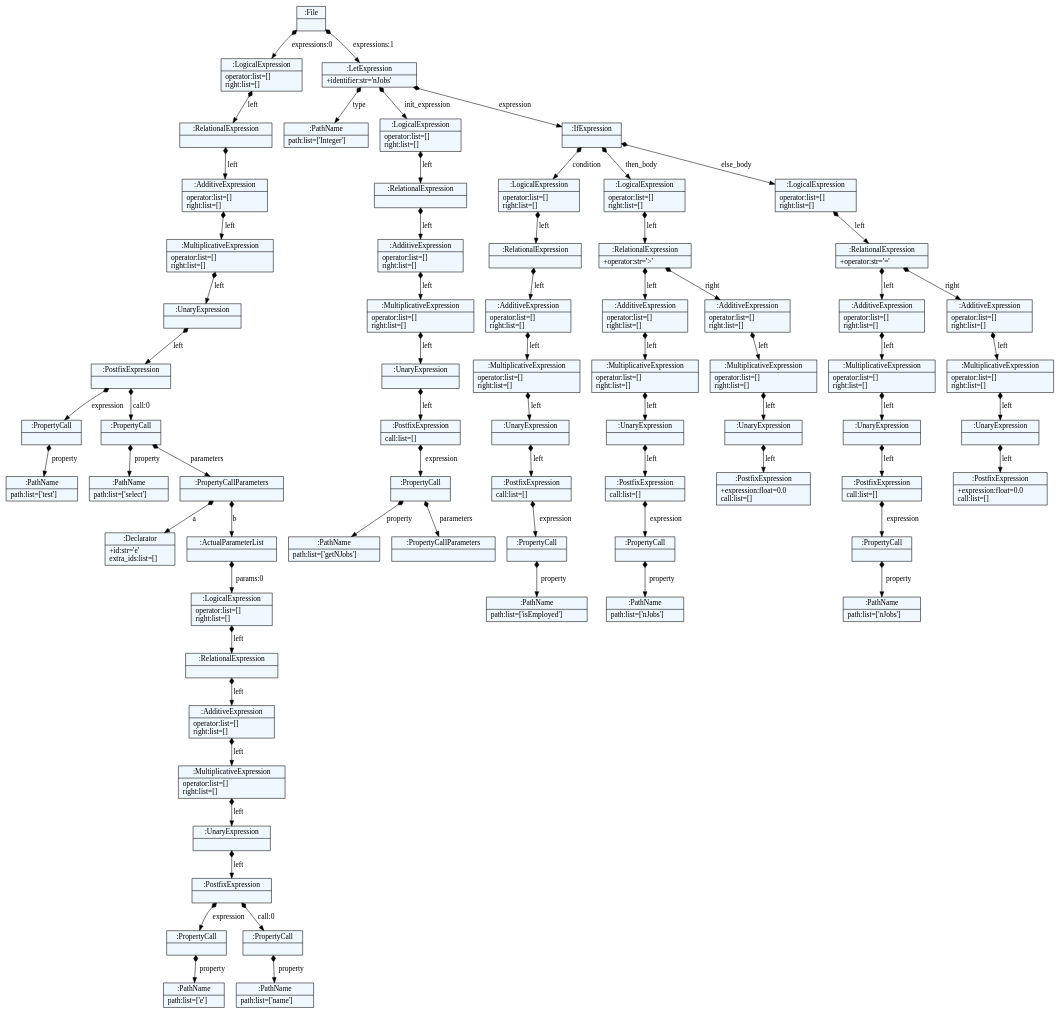
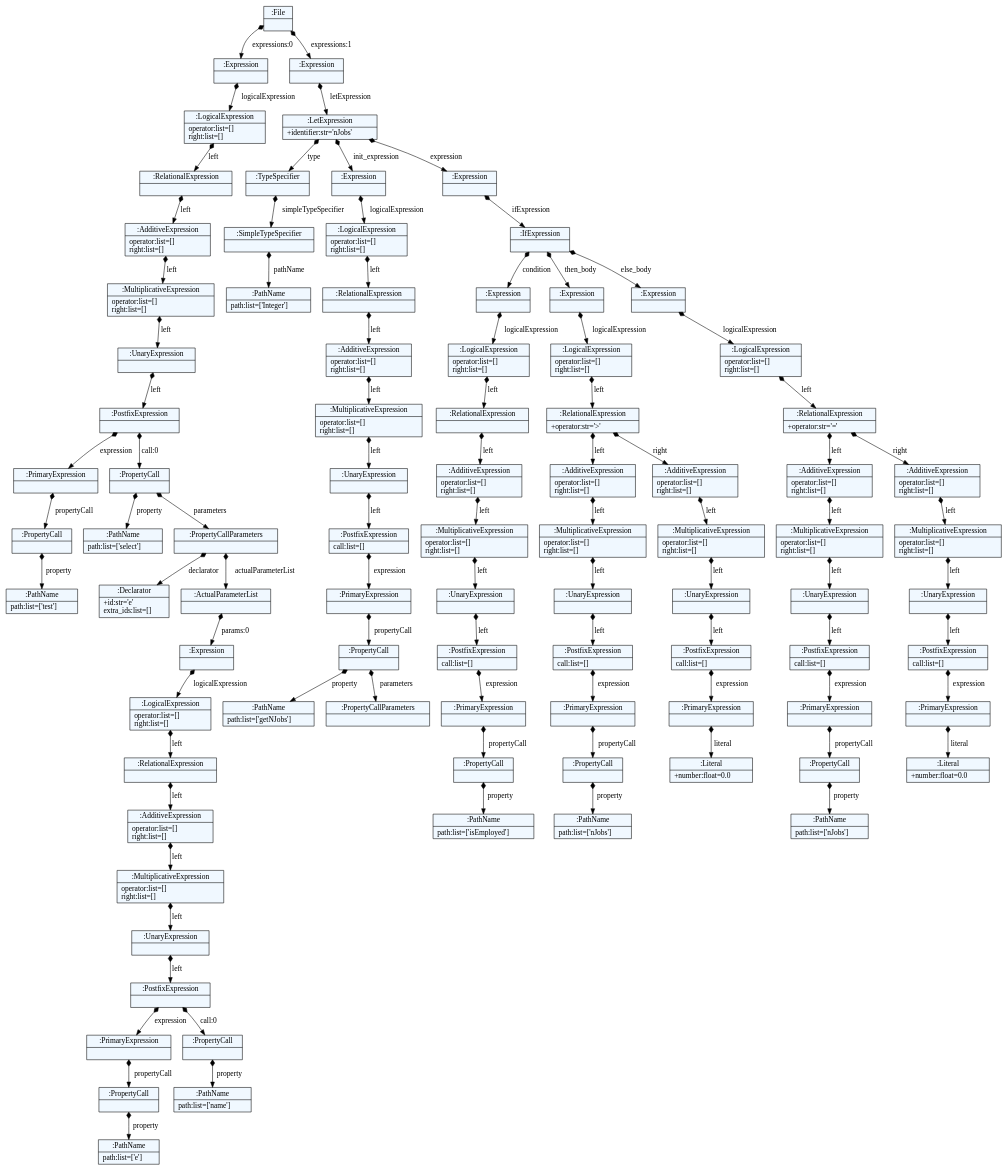
One commit to Beuchey/OCL_Python changed the diagram in Transpilation/expression.ocl.dot. Above: the diagram before and after it, drawn with Graphviz. The commit also changed 3 other files, not shown here.

```diff
--- a/Transpilation/expression.ocl.dot
+++ b/Transpilation/expression.ocl.dot
@@ -11,140 +11,180 @@
     edge[dir=black,arrowtail=empty]
 
 
-48540592 -> 48539664 [label="expressions:0" arrowtail=diamond dir=both]
-48539664 -> 48539024 [label="left" arrowtail=diamond dir=both]
-48539024 -> 48537776 [label="left" arrowtail=diamond dir=both]
-48537776 -> 48540400 [label="left" arrowtail=diamond dir=both]
-48540400 -> 48539632 [label="left" arrowtail=diamond dir=both]
-48539632 -> 48539728 [label="left" arrowtail=diamond dir=both]
-48539728 -> 48538288 [label="expression" arrowtail=diamond dir=both]
-48538288 -> 48541200 [label="property" arrowtail=diamond dir=both]
-48541200[label="{:PathName|path:list=['test']\l}"]
-48538288[label="{:PropertyCall|}"]
-48539728 -> 48540720 [label="call:0" arrowtail=diamond dir=both]
-48540720 -> 48539760 [label="property" arrowtail=diamond dir=both]
-48539760[label="{:PathName|path:list=['select']\l}"]
-48540720 -> 48539600 [label="parameters" arrowtail=diamond dir=both]
-48539600 -> 48538736 [label="a" arrowtail=diamond dir=both]
-48538736[label="{:Declarator|+id:str='e'\lextra_ids:list=[]\l}"]
-48539600 -> 48538672 [label="b" arrowtail=diamond dir=both]
-48538672 -> 48450992 [label="params:0" arrowtail=diamond dir=both]
-48450992 -> 48449424 [label="left" arrowtail=diamond dir=both]
-48449424 -> 48448688 [label="left" arrowtail=diamond dir=both]
-48448688 -> 48449200 [label="left" arrowtail=diamond dir=both]
-48449200 -> 48450800 [label="left" arrowtail=diamond dir=both]
-48450800 -> 48448368 [label="left" arrowtail=diamond dir=both]
-48448368 -> 48449168 [label="expression" arrowtail=diamond dir=both]
-48449168 -> 48450832 [label="property" arrowtail=diamond dir=both]
-48450832[label="{:PathName|path:list=['e']\l}"]
-48449168[label="{:PropertyCall|}"]
-48448368 -> 48450160 [label="call:0" arrowtail=diamond dir=both]
-48450160 -> 48649488 [label="property" arrowtail=diamond dir=both]
-48649488[label="{:PathName|path:list=['name']\l}"]
-48450160[label="{:PropertyCall|}"]
-48448368[label="{:PostfixExpression|}"]
-48450800[label="{:UnaryExpression|}"]
-48449200[label="{:MultiplicativeExpression|operator:list=[]\lright:list=[]\l}"]
-48448688[label="{:AdditiveExpression|operator:list=[]\lright:list=[]\l}"]
-48449424[label="{:RelationalExpression|}"]
-48450992[label="{:LogicalExpression|operator:list=[]\lright:list=[]\l}"]
-48538672[label="{:ActualParameterList|}"]
-48539600[label="{:PropertyCallParameters|}"]
-48540720[label="{:PropertyCall|}"]
-48539728[label="{:PostfixExpression|}"]
-48539632[label="{:UnaryExpression|}"]
-48540400[label="{:MultiplicativeExpression|operator:list=[]\lright:list=[]\l}"]
-48537776[label="{:AdditiveExpression|operator:list=[]\lright:list=[]\l}"]
-48539024[label="{:RelationalExpression|}"]
-48539664[label="{:LogicalExpression|operator:list=[]\lright:list=[]\l}"]
-48540592 -> 48539536 [label="expressions:1" arrowtail=diamond dir=both]
-48539536 -> 48539984 [label="type" arrowtail=diamond dir=both]
-48539984[label="{:PathName|path:list=['Integer']\l}"]
-48539536 -> 48537872 [label="init_expression" arrowtail=diamond dir=both]
-48537872 -> 48540880 [label="left" arrowtail=diamond dir=both]
-48540880 -> 48539888 [label="left" arrowtail=diamond dir=both]
-48539888 -> 48540464 [label="left" arrowtail=diamond dir=both]
-48540464 -> 48449456 [label="left" arrowtail=diamond dir=both]
-48449456 -> 48449360 [label="left" arrowtail=diamond dir=both]
-48449360 -> 48451312 [label="expression" arrowtail=diamond dir=both]
-48451312 -> 48451248 [label="property" arrowtail=diamond dir=both]
-48451248[label="{:PathName|path:list=['getNJobs']\l}"]
-48451312 -> 48451088 [label="parameters" arrowtail=diamond dir=both]
-48451088[label="{:PropertyCallParameters|}"]
-48451312[label="{:PropertyCall|}"]
-48449360[label="{:PostfixExpression|call:list=[]\l}"]
-48449456[label="{:UnaryExpression|}"]
-48540464[label="{:MultiplicativeExpression|operator:list=[]\lright:list=[]\l}"]
-48539888[label="{:AdditiveExpression|operator:list=[]\lright:list=[]\l}"]
-48540880[label="{:RelationalExpression|}"]
-48537872[label="{:LogicalExpression|operator:list=[]\lright:list=[]\l}"]
-48539536 -> 48538864 [label="expression" arrowtail=diamond dir=both]
-48538864 -> 48538224 [label="condition" arrowtail=diamond dir=both]
-48538224 -> 48537808 [label="left" arrowtail=diamond dir=both]
-48537808 -> 48449872 [label="left" arrowtail=diamond dir=both]
-48449872 -> 48449040 [label="left" arrowtail=diamond dir=both]
-48449040 -> 48450192 [label="left" arrowtail=diamond dir=both]
-48450192 -> 48449072 [label="left" arrowtail=diamond dir=both]
-48449072 -> 48648816 [label="expression" arrowtail=diamond dir=both]
-48648816 -> 48650128 [label="property" arrowtail=diamond dir=both]
-48650128[label="{:PathName|path:list=['isEmployed']\l}"]
-48648816[label="{:PropertyCall|}"]
-48449072[label="{:PostfixExpression|call:list=[]\l}"]
-48450192[label="{:UnaryExpression|}"]
-48449040[label="{:MultiplicativeExpression|operator:list=[]\lright:list=[]\l}"]
-48449872[label="{:AdditiveExpression|operator:list=[]\lright:list=[]\l}"]
-48537808[label="{:RelationalExpression|}"]
-48538224[label="{:LogicalExpression|operator:list=[]\lright:list=[]\l}"]
-48538864 -> 48540016 [label="then_body" arrowtail=diamond dir=both]
-48540016 -> 48450224 [label="left" arrowtail=diamond dir=both]
-48450224 -> 48450928 [label="left" arrowtail=diamond dir=both]
-48450928 -> 48648752 [label="left" arrowtail=diamond dir=both]
-48648752 -> 48650416 [label="left" arrowtail=diamond dir=both]
-48650416 -> 48649840 [label="left" arrowtail=diamond dir=both]
-48649840 -> 48652144 [label="expression" arrowtail=diamond dir=both]
-48652144 -> 48652208 [label="property" arrowtail=diamond dir=both]
-48652208[label="{:PathName|path:list=['nJobs']\l}"]
-48652144[label="{:PropertyCall|}"]
-48649840[label="{:PostfixExpression|call:list=[]\l}"]
-48650416[label="{:UnaryExpression|}"]
-48648752[label="{:MultiplicativeExpression|operator:list=[]\lright:list=[]\l}"]
-48450928[label="{:AdditiveExpression|operator:list=[]\lright:list=[]\l}"]
-48450224 -> 48538800 [label="right" arrowtail=diamond dir=both]
-48538800 -> 48648784 [label="left" arrowtail=diamond dir=both]
-48648784 -> 48648464 [label="left" arrowtail=diamond dir=both]
-48648464 -> 48649520 [label="left" arrowtail=diamond dir=both]
-48649520[label="{:PostfixExpression|+expression:float=0.0\lcall:list=[]\l}"]
-48648464[label="{:UnaryExpression|}"]
-48648784[label="{:MultiplicativeExpression|operator:list=[]\lright:list=[]\l}"]
-48538800[label="{:AdditiveExpression|operator:list=[]\lright:list=[]\l}"]
-48450224[label="{:RelationalExpression|+operator:str='\>'\l}"]
-48540016[label="{:LogicalExpression|operator:list=[]\lright:list=[]\l}"]
-48538864 -> 48539120 [label="else_body" arrowtail=diamond dir=both]
-48539120 -> 48449552 [label="left" arrowtail=diamond dir=both]
-48449552 -> 48650032 [label="left" arrowtail=diamond dir=both]
-48650032 -> 48650000 [label="left" arrowtail=diamond dir=both]
-48650000 -> 48650384 [label="left" arrowtail=diamond dir=both]
-48650384 -> 48650768 [label="left" arrowtail=diamond dir=both]
-48650768 -> 48650864 [label="expression" arrowtail=diamond dir=both]
-48650864 -> 48651728 [label="property" arrowtail=diamond dir=both]
-48651728[label="{:PathName|path:list=['nJobs']\l}"]
-48650864[label="{:PropertyCall|}"]
-48650768[label="{:PostfixExpression|call:list=[]\l}"]
-48650384[label="{:UnaryExpression|}"]
-48650000[label="{:MultiplicativeExpression|operator:list=[]\lright:list=[]\l}"]
-48650032[label="{:AdditiveExpression|operator:list=[]\lright:list=[]\l}"]
-48449552 -> 48652048 [label="right" arrowtail=diamond dir=both]
-48652048 -> 48650320 [label="left" arrowtail=diamond dir=both]
-48650320 -> 48650832 [label="left" arrowtail=diamond dir=both]
-48650832 -> 48651248 [label="left" arrowtail=diamond dir=both]
-48651248[label="{:PostfixExpression|+expression:float=0.0\lcall:list=[]\l}"]
-48650832[label="{:UnaryExpression|}"]
-48650320[label="{:MultiplicativeExpression|operator:list=[]\lright:list=[]\l}"]
-48652048[label="{:AdditiveExpression|operator:list=[]\lright:list=[]\l}"]
-48449552[label="{:RelationalExpression|+operator:str='='\l}"]
-48539120[label="{:LogicalExpression|operator:list=[]\lright:list=[]\l}"]
-48538864[label="{:IfExpression|}"]
-48539536[label="{:LetExpression|+identifier:str='nJobs'\l}"]
-48540592[label="{:File|}"]
+50572464 -> 50571600 [label="expressions:0" arrowtail=diamond dir=both]
+50571600 -> 50571536 [label="logicalExpression" arrowtail=diamond dir=both]
+50571536 -> 50573104 [label="left" arrowtail=diamond dir=both]
+50573104 -> 50570992 [label="left" arrowtail=diamond dir=both]
+50570992 -> 50570160 [label="left" arrowtail=diamond dir=both]
+50570160 -> 50571504 [label="left" arrowtail=diamond dir=both]
+50571504 -> 50572816 [label="left" arrowtail=diamond dir=both]
+50572816 -> 50470768 [label="expression" arrowtail=diamond dir=both]
+50470768 -> 50470000 [label="propertyCall" arrowtail=diamond dir=both]
+50470000 -> 50469168 [label="property" arrowtail=diamond dir=both]
+50469168[label="{:PathName|path:list=['test']\l}"]
+50470000[label="{:PropertyCall|}"]
+50470768[label="{:PrimaryExpression|}"]
+50572816 -> 50570256 [label="call:0" arrowtail=diamond dir=both]
+50570256 -> 50470608 [label="property" arrowtail=diamond dir=both]
+50470608[label="{:PathName|path:list=['select']\l}"]
+50570256 -> 50468528 [label="parameters" arrowtail=diamond dir=both]
+50468528 -> 50468656 [label="declarator" arrowtail=diamond dir=both]
+50468656[label="{:Declarator|+id:str='e'\lextra_ids:list=[]\l}"]
+50468528 -> 50470512 [label="actualParameterList" arrowtail=diamond dir=both]
+50470512 -> 50468560 [label="params:0" arrowtail=diamond dir=both]
+50468560 -> 50469776 [label="logicalExpression" arrowtail=diamond dir=both]
+50469776 -> 50672272 [label="left" arrowtail=diamond dir=both]
+50672272 -> 50672560 [label="left" arrowtail=diamond dir=both]
+50672560 -> 50672912 [label="left" arrowtail=diamond dir=both]
+50672912 -> 50674736 [label="left" arrowtail=diamond dir=both]
+50674736 -> 50673680 [label="left" arrowtail=diamond dir=both]
+50673680 -> 50675184 [label="expression" arrowtail=diamond dir=both]
+50675184 -> 50674480 [label="propertyCall" arrowtail=diamond dir=both]
+50674480 -> 50672880 [label="property" arrowtail=diamond dir=both]
+50672880[label="{:PathName|path:list=['e']\l}"]
+50674480[label="{:PropertyCall|}"]
+50675184[label="{:PrimaryExpression|}"]
+50673680 -> 50674224 [label="call:0" arrowtail=diamond dir=both]
+50674224 -> 50671888 [label="property" arrowtail=diamond dir=both]
+50671888[label="{:PathName|path:list=['name']\l}"]
+50674224[label="{:PropertyCall|}"]
+50673680[label="{:PostfixExpression|}"]
+50674736[label="{:UnaryExpression|}"]
+50672912[label="{:MultiplicativeExpression|operator:list=[]\lright:list=[]\l}"]
+50672560[label="{:AdditiveExpression|operator:list=[]\lright:list=[]\l}"]
+50672272[label="{:RelationalExpression|}"]
+50469776[label="{:LogicalExpression|operator:list=[]\lright:list=[]\l}"]
+50468560[label="{:Expression|}"]
+50470512[label="{:ActualParameterList|}"]
+50468528[label="{:PropertyCallParameters|}"]
+50570256[label="{:PropertyCall|}"]
+50572816[label="{:PostfixExpression|}"]
+50571504[label="{:UnaryExpression|}"]
+50570160[label="{:MultiplicativeExpression|operator:list=[]\lright:list=[]\l}"]
+50570992[label="{:AdditiveExpression|operator:list=[]\lright:list=[]\l}"]
+50573104[label="{:RelationalExpression|}"]
+50571536[label="{:LogicalExpression|operator:list=[]\lright:list=[]\l}"]
+50571600[label="{:Expression|}"]
+50572464 -> 50570960 [label="expressions:1" arrowtail=diamond dir=both]
+50570960 -> 50569776 [label="letExpression" arrowtail=diamond dir=both]
+50569776 -> 50571120 [label="type" arrowtail=diamond dir=both]
+50571120 -> 50570672 [label="simpleTypeSpecifier" arrowtail=diamond dir=both]
+50570672 -> 48166064 [label="pathName" arrowtail=diamond dir=both]
+48166064[label="{:PathName|path:list=['Integer']\l}"]
+50570672[label="{:SimpleTypeSpecifier|}"]
+50571120[label="{:TypeSpecifier|}"]
+50569776 -> 50570192 [label="init_expression" arrowtail=diamond dir=both]
+50570192 -> 50571952 [label="logicalExpression" arrowtail=diamond dir=both]
+50571952 -> 50468816 [label="left" arrowtail=diamond dir=both]
+50468816 -> 50468880 [label="left" arrowtail=diamond dir=both]
+50468880 -> 50469552 [label="left" arrowtail=diamond dir=both]
+50469552 -> 50673520 [label="left" arrowtail=diamond dir=both]
+50673520 -> 50672784 [label="left" arrowtail=diamond dir=both]
+50672784 -> 50674128 [label="expression" arrowtail=diamond dir=both]
+50674128 -> 50675056 [label="propertyCall" arrowtail=diamond dir=both]
+50675056 -> 50672336 [label="property" arrowtail=diamond dir=both]
+50672336[label="{:PathName|path:list=['getNJobs']\l}"]
+50675056 -> 50672400 [label="parameters" arrowtail=diamond dir=both]
+50672400[label="{:PropertyCallParameters|}"]
+50675056[label="{:PropertyCall|}"]
+50674128[label="{:PrimaryExpression|}"]
+50672784[label="{:PostfixExpression|call:list=[]\l}"]
+50673520[label="{:UnaryExpression|}"]
+50469552[label="{:MultiplicativeExpression|operator:list=[]\lright:list=[]\l}"]
+50468880[label="{:AdditiveExpression|operator:list=[]\lright:list=[]\l}"]
+50468816[label="{:RelationalExpression|}"]
+50571952[label="{:LogicalExpression|operator:list=[]\lright:list=[]\l}"]
+50570192[label="{:Expression|}"]
+50569776 -> 50572368 [label="expression" arrowtail=diamond dir=both]
+50572368 -> 50468720 [label="ifExpression" arrowtail=diamond dir=both]
+50468720 -> 50469008 [label="condition" arrowtail=diamond dir=both]
+50469008 -> 50672752 [label="logicalExpression" arrowtail=diamond dir=both]
+50672752 -> 50673584 [label="left" arrowtail=diamond dir=both]
+50673584 -> 50673232 [label="left" arrowtail=diamond dir=both]
+50673232 -> 50672304 [label="left" arrowtail=diamond dir=both]
+50672304 -> 50599696 [label="left" arrowtail=diamond dir=both]
+50599696 -> 50601072 [label="left" arrowtail=diamond dir=both]
+50601072 -> 50600944 [label="expression" arrowtail=diamond dir=both]
+50600944 -> 50599856 [label="propertyCall" arrowtail=diamond dir=both]
+50599856 -> 50598512 [label="property" arrowtail=diamond dir=both]
+50598512[label="{:PathName|path:list=['isEmployed']\l}"]
+50599856[label="{:PropertyCall|}"]
+50600944[label="{:PrimaryExpression|}"]
+50601072[label="{:PostfixExpression|call:list=[]\l}"]
+50599696[label="{:UnaryExpression|}"]
+50672304[label="{:MultiplicativeExpression|operator:list=[]\lright:list=[]\l}"]
+50673232[label="{:AdditiveExpression|operator:list=[]\lright:list=[]\l}"]
+50673584[label="{:RelationalExpression|}"]
+50672752[label="{:LogicalExpression|operator:list=[]\lright:list=[]\l}"]
+50469008[label="{:Expression|}"]
+50468720 -> 50469904 [label="then_body" arrowtail=diamond dir=both]
+50469904 -> 50675248 [label="logicalExpression" arrowtail=diamond dir=both]
+50675248 -> 50674512 [label="left" arrowtail=diamond dir=both]
+50674512 -> 50600816 [label="left" arrowtail=diamond dir=both]
+50600816 -> 50601040 [label="left" arrowtail=diamond dir=both]
+50601040 -> 50599120 [label="left" arrowtail=diamond dir=both]
+50599120 -> 50598032 [label="left" arrowtail=diamond dir=both]
+50598032 -> 50599760 [label="expression" arrowtail=diamond dir=both]
+50599760 -> 50601552 [label="propertyCall" arrowtail=diamond dir=both]
+50601552 -> 50600976 [label="property" arrowtail=diamond dir=both]
+50600976[label="{:PathName|path:list=['nJobs']\l}"]
+50601552[label="{:PropertyCall|}"]
+50599760[label="{:PrimaryExpression|}"]
+50598032[label="{:PostfixExpression|call:list=[]\l}"]
+50599120[label="{:UnaryExpression|}"]
+50601040[label="{:MultiplicativeExpression|operator:list=[]\lright:list=[]\l}"]
+50600816[label="{:AdditiveExpression|operator:list=[]\lright:list=[]\l}"]
+50674512 -> 50673392 [label="right" arrowtail=diamond dir=both]
+50673392 -> 50599280 [label="left" arrowtail=diamond dir=both]
+50599280 -> 50598480 [label="left" arrowtail=diamond dir=both]
+50598480 -> 50601232 [label="left" arrowtail=diamond dir=both]
+50601232 -> 50598000 [label="expression" arrowtail=diamond dir=both]
+50598000 -> 50601200 [label="literal" arrowtail=diamond dir=both]
+50601200[label="{:Literal|+number:float=0.0\l}"]
+50598000[label="{:PrimaryExpression|}"]
+50601232[label="{:PostfixExpression|call:list=[]\l}"]
+50598480[label="{:UnaryExpression|}"]
+50599280[label="{:MultiplicativeExpression|operator:list=[]\lright:list=[]\l}"]
+50673392[label="{:AdditiveExpression|operator:list=[]\lright:list=[]\l}"]
+50674512[label="{:RelationalExpression|+operator:str='\>'\l}"]
+50675248[label="{:LogicalExpression|operator:list=[]\lright:list=[]\l}"]
+50469904[label="{:Expression|}"]
+50468720 -> 50673424 [label="else_body" arrowtail=diamond dir=both]
+50673424 -> 50674704 [label="logicalExpression" arrowtail=diamond dir=both]
+50674704 -> 50601360 [label="left" arrowtail=diamond dir=both]
+50601360 -> 50599344 [label="left" arrowtail=diamond dir=both]
+50599344 -> 50598832 [label="left" arrowtail=diamond dir=both]
+50598832 -> 50601392 [label="left" arrowtail=diamond dir=both]
+50601392 -> 50599472 [label="left" arrowtail=diamond dir=both]
+50599472 -> 50599984 [label="expression" arrowtail=diamond dir=both]
+50599984 -> 50634896 [label="propertyCall" arrowtail=diamond dir=both]
+50634896 -> 50636528 [label="property" arrowtail=diamond dir=both]
+50636528[label="{:PathName|path:list=['nJobs']\l}"]
+50634896[label="{:PropertyCall|}"]
+50599984[label="{:PrimaryExpression|}"]
+50599472[label="{:PostfixExpression|call:list=[]\l}"]
+50601392[label="{:UnaryExpression|}"]
+50598832[label="{:MultiplicativeExpression|operator:list=[]\lright:list=[]\l}"]
+50599344[label="{:AdditiveExpression|operator:list=[]\lright:list=[]\l}"]
+50601360 -> 50601104 [label="right" arrowtail=diamond dir=both]
+50601104 -> 50600912 [label="left" arrowtail=diamond dir=both]
+50600912 -> 50601968 [label="left" arrowtail=diamond dir=both]
+50601968 -> 50638704 [label="left" arrowtail=diamond dir=both]
+50638704 -> 50634800 [label="expression" arrowtail=diamond dir=both]
+50634800 -> 50637168 [label="literal" arrowtail=diamond dir=both]
+50637168[label="{:Literal|+number:float=0.0\l}"]
+50634800[label="{:PrimaryExpression|}"]
+50638704[label="{:PostfixExpression|call:list=[]\l}"]
+50601968[label="{:UnaryExpression|}"]
+50600912[label="{:MultiplicativeExpression|operator:list=[]\lright:list=[]\l}"]
+50601104[label="{:AdditiveExpression|operator:list=[]\lright:list=[]\l}"]
+50601360[label="{:RelationalExpression|+operator:str='='\l}"]
+50674704[label="{:LogicalExpression|operator:list=[]\lright:list=[]\l}"]
+50673424[label="{:Expression|}"]
+50468720[label="{:IfExpression|}"]
+50572368[label="{:Expression|}"]
+50569776[label="{:LetExpression|+identifier:str='nJobs'\l}"]
+50570960[label="{:Expression|}"]
+50572464[label="{:File|}"]
 
 }
```
